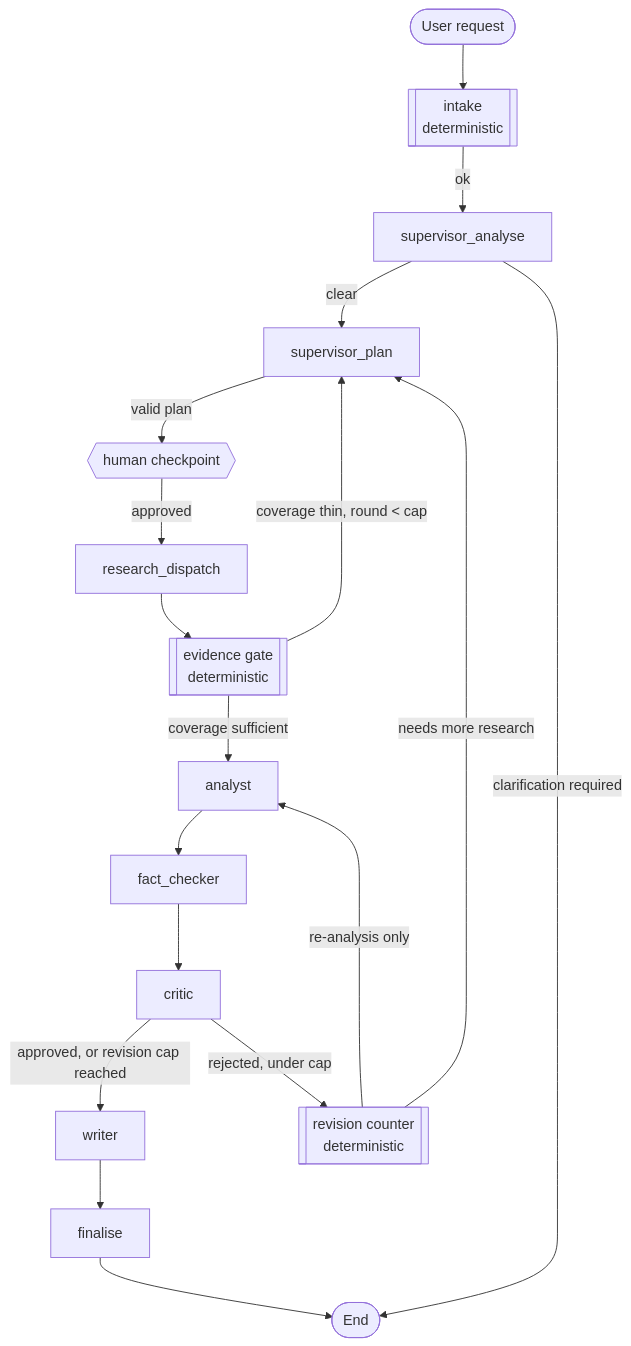
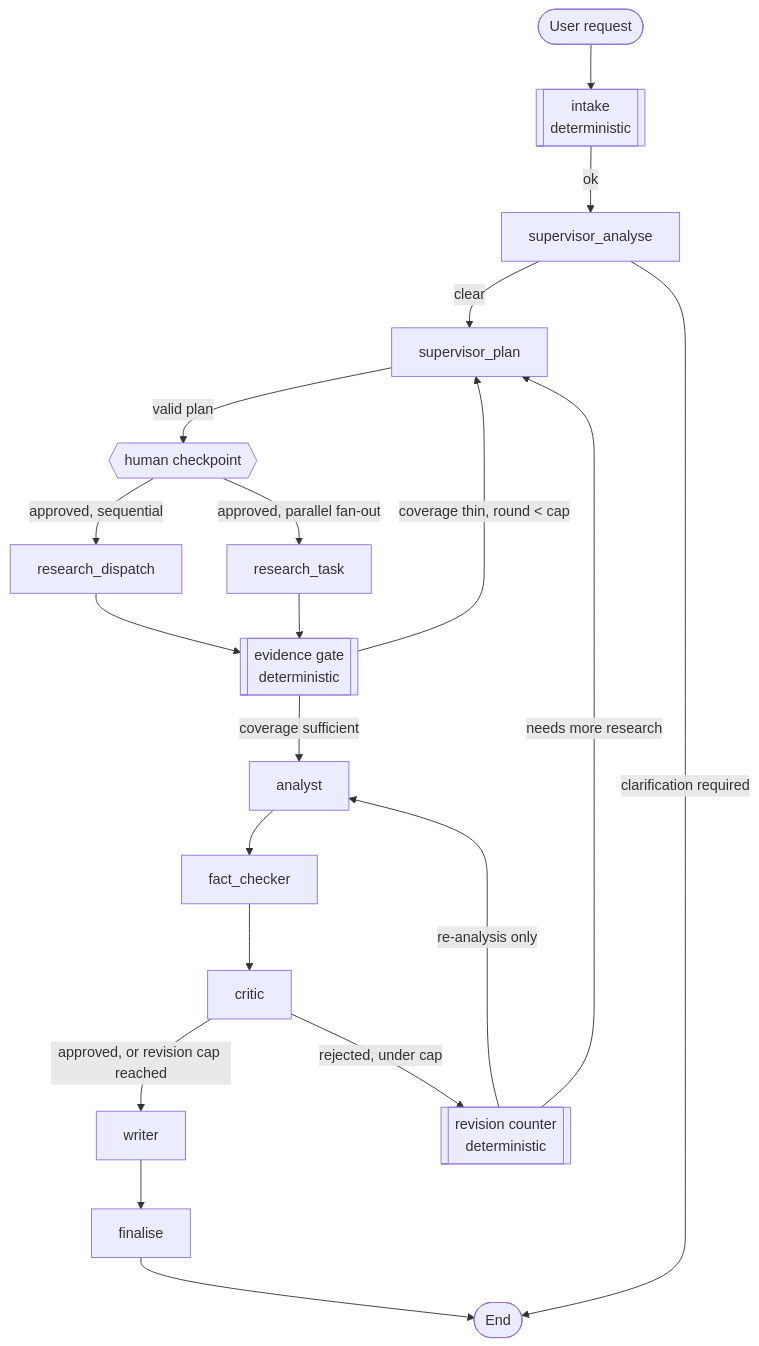
One commit to Rana-Haseeb/Multi-Agent-Research-Platform changed the diagram in docs/A5_architecture.md. Above: the diagram before and after it, drawn with Mermaid. The commit also changed other lines of this file and 9 other files, not shown here.

Commit message:
perf: add parallel research fan-out with 2.63x measured speedup

````diff
--- a/docs/A5_architecture.md
+++ b/docs/A5_architecture.md
@@ -9,34 +9,37 @@
 ```mermaid
 flowchart TD
     req(["User request"])
     intake[["intake<br/>deterministic"]]
     req --> intake
     supervisor_analyse["supervisor_analyse"]
     intake -->|ok| supervisor_analyse
     supervisor_plan["supervisor_plan"]
     supervisor_analyse -->|clear| supervisor_plan
     done(["End"])
     supervisor_analyse -->|clarification required| done
     plan_approval{{"human checkpoint"}}
     supervisor_plan -->|valid plan| plan_approval
     research_dispatch["research_dispatch"]
-    plan_approval -->|approved| research_dispatch
+    plan_approval -->|approved, sequential| research_dispatch
+    research_task["research_task"]
+    plan_approval -->|approved, parallel fan-out| research_task
     evidence_gate[["evidence gate<br/>deterministic"]]
+    research_task --> evidence_gate
     research_dispatch --> evidence_gate
     evidence_gate -->|coverage thin, round < cap| supervisor_plan
     analyst["analyst"]
     evidence_gate -->|coverage sufficient| analyst
     fact_checker["fact_checker"]
     analyst --> fact_checker
     critic["critic"]
     fact_checker --> critic
     writer["writer"]
     critic -->|approved, or revision cap reached| writer
     revision[["revision counter<br/>deterministic"]]
     critic -->|rejected, under cap| revision
     revision -->|re-analysis only| analyst
     revision -->|needs more research| supervisor_plan
     finalise["finalise"]
     writer --> finalise
     finalise --> done
 ```
````
